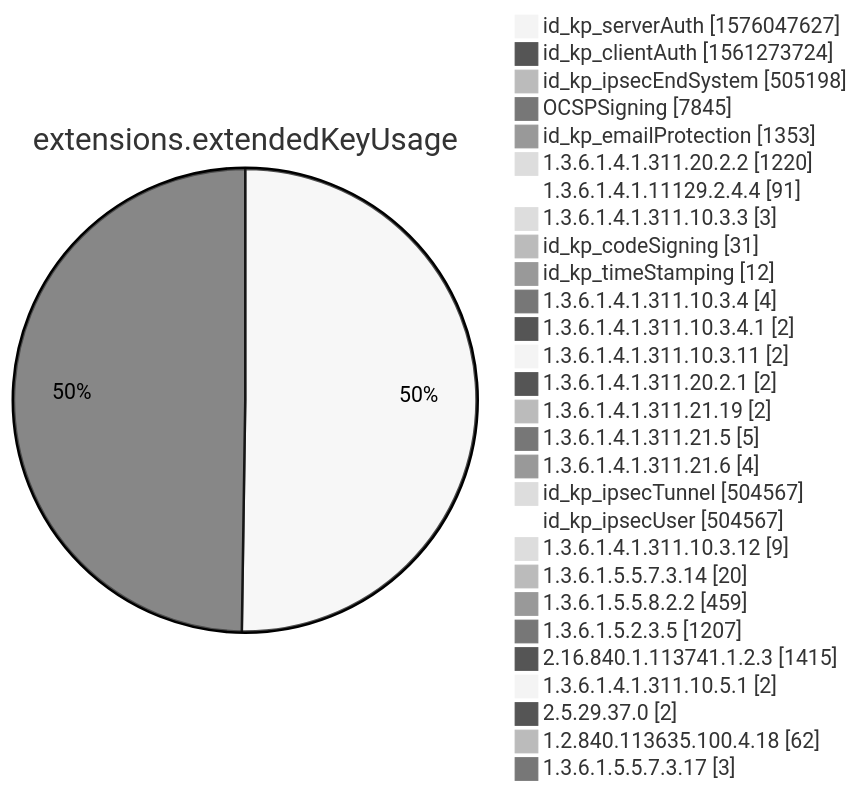
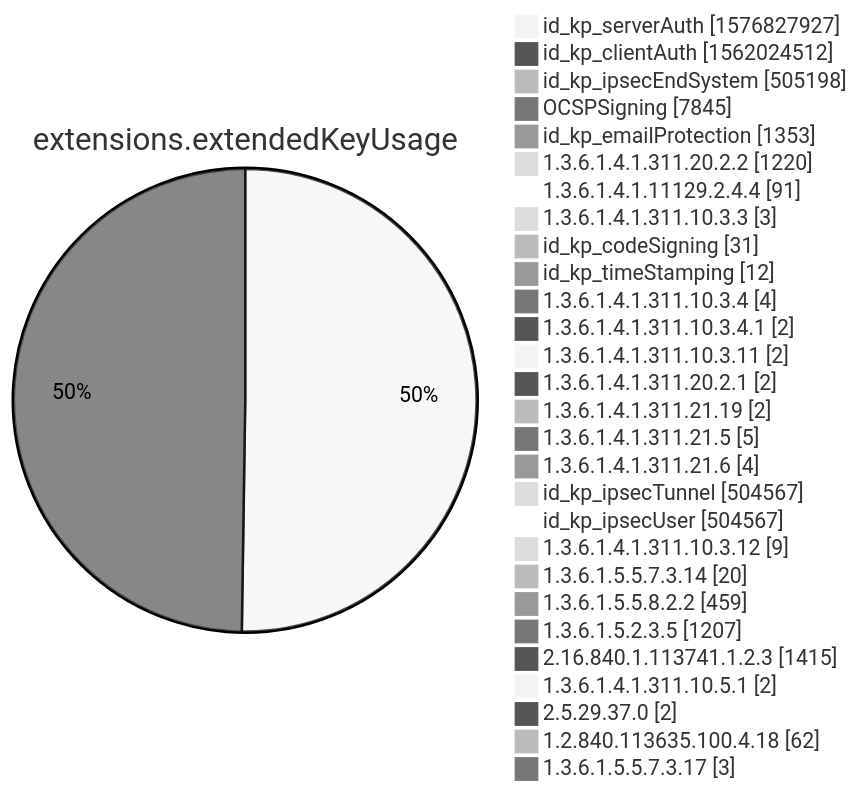
Before and after one commit to christiankrug/ctmonitor_visualization: diagram 12 of 15 in xenon2022/README.md, drawn with Mermaid (neutral theme). The commit also changed other lines of this file, not shown here.

````diff
--- a/xenon2022/README.md
+++ b/xenon2022/README.md
@@ -3884,32 +3884,32 @@
 ```mermaid
 pie showData
 title extensions.extendedKeyUsage
-"id_kp_serverAuth" :1576047627
-"id_kp_clientAuth" :1561273724
+"id_kp_serverAuth" :1576827927
+"id_kp_clientAuth" :1562024512
 "id_kp_ipsecEndSystem" :505198
 "OCSPSigning" :7845
 "id_kp_emailProtection" :1353
 "1.3.6.1.4.1.311.20.2.2" :1220
 "1.3.6.1.4.1.11129.2.4.4" :91
 "1.3.6.1.4.1.311.10.3.3" :3
 "id_kp_codeSigning" :31
 "id_kp_timeStamping" :12
 "1.3.6.1.4.1.311.10.3.4" :4
 "1.3.6.1.4.1.311.10.3.4.1" :2
 "1.3.6.1.4.1.311.10.3.11" :2
 "1.3.6.1.4.1.311.20.2.1" :2
 "1.3.6.1.4.1.311.21.19" :2
 "1.3.6.1.4.1.311.21.5" :5
 "1.3.6.1.4.1.311.21.6" :4
 "id_kp_ipsecTunnel" :504567
 "id_kp_ipsecUser" :504567
 "1.3.6.1.4.1.311.10.3.12" :9
 "1.3.6.1.5.5.7.3.14" :20
 "1.3.6.1.5.5.8.2.2" :459
 "1.3.6.1.5.2.3.5" :1207
 "2.16.840.1.113741.1.2.3" :1415
 "1.3.6.1.4.1.311.10.5.1" :2
 "2.5.29.37.0" :2
 "1.2.840.113635.100.4.18" :62
 "1.3.6.1.5.5.7.3.17" :3
 ```
````
